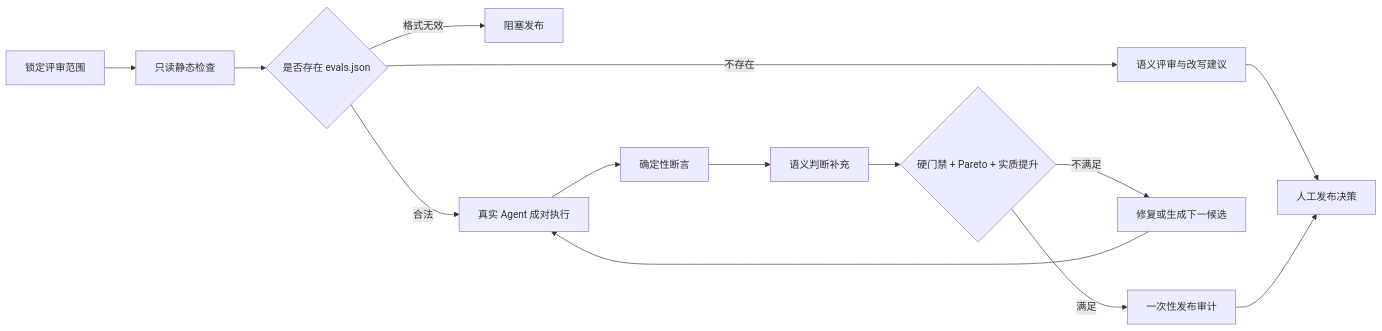
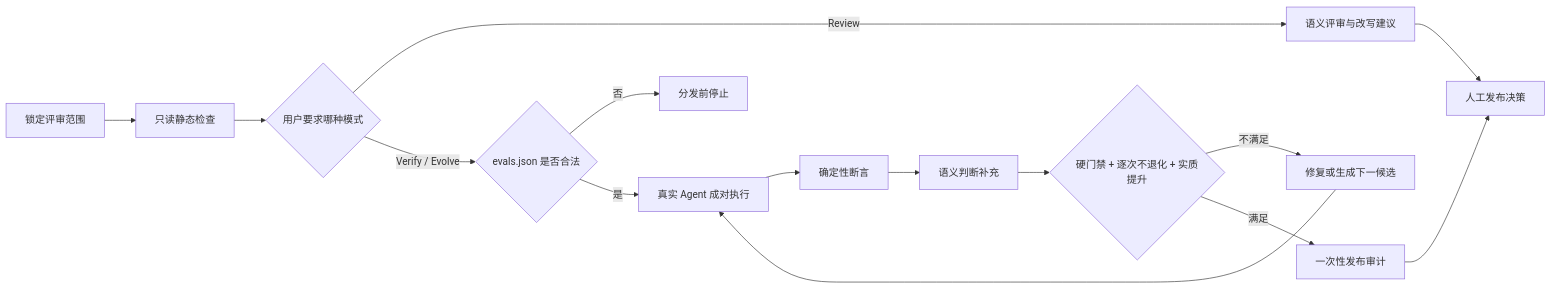
Before and after one commit to Nirvana-Jie/skill-reviewer: the first of 2 diagrams in README.zh-CN.md, drawn with Mermaid. The commit also changed other lines of this file and 113 other files, not shown here.

````diff
--- a/README.zh-CN.md
+++ b/README.zh-CN.md
@@ -47,16 +53,17 @@
 ```mermaid
 flowchart LR
     A["锁定评审范围"] --> B["只读静态检查"]
-    B --> C{"是否存在 evals.json"}
-    C -- "不存在" --> D["语义评审与改写建议"]
-    C -- "格式无效" --> E["阻塞发布"]
-    C -- "合法" --> F["真实 Agent 成对执行"]
+    B --> C{"用户要求哪种模式"}
+    C -- "Review" --> D["语义评审与改写建议"]
+    C -- "Verify / Evolve" --> E{"evals.json 是否合法"}
+    E -- "否" --> H["分发前停止"]
+    E -- "是" --> F["真实 Agent 成对执行"]
     F --> G["确定性断言"]
-    G --> H["语义判断补充"]
-    H --> I{"硬门禁 + Pareto + 实质提升"}
+    G --> M["语义判断补充"]
+    M --> I{"硬门禁 + 逐次不退化 + 实质提升"}
     I -- "不满足" --> J["修复或生成下一候选"]
     J --> F
     I -- "满足" --> K["一次性发布审计"]
     D --> L["人工发布决策"]
     K --> L
 ```
````
